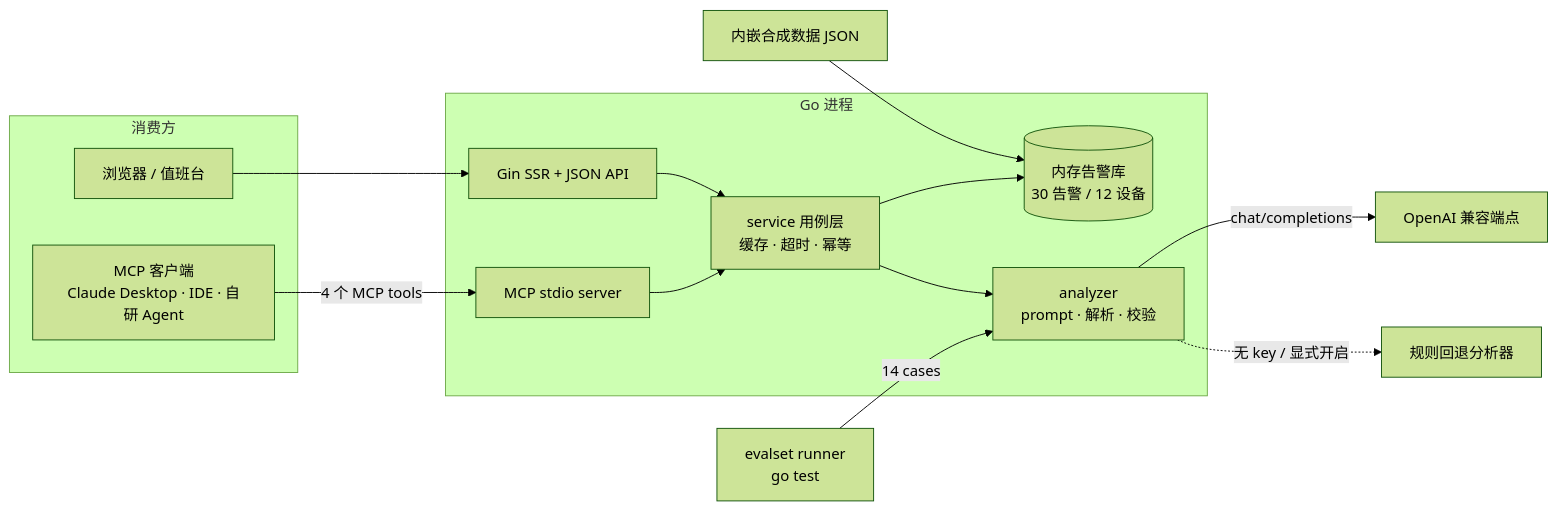
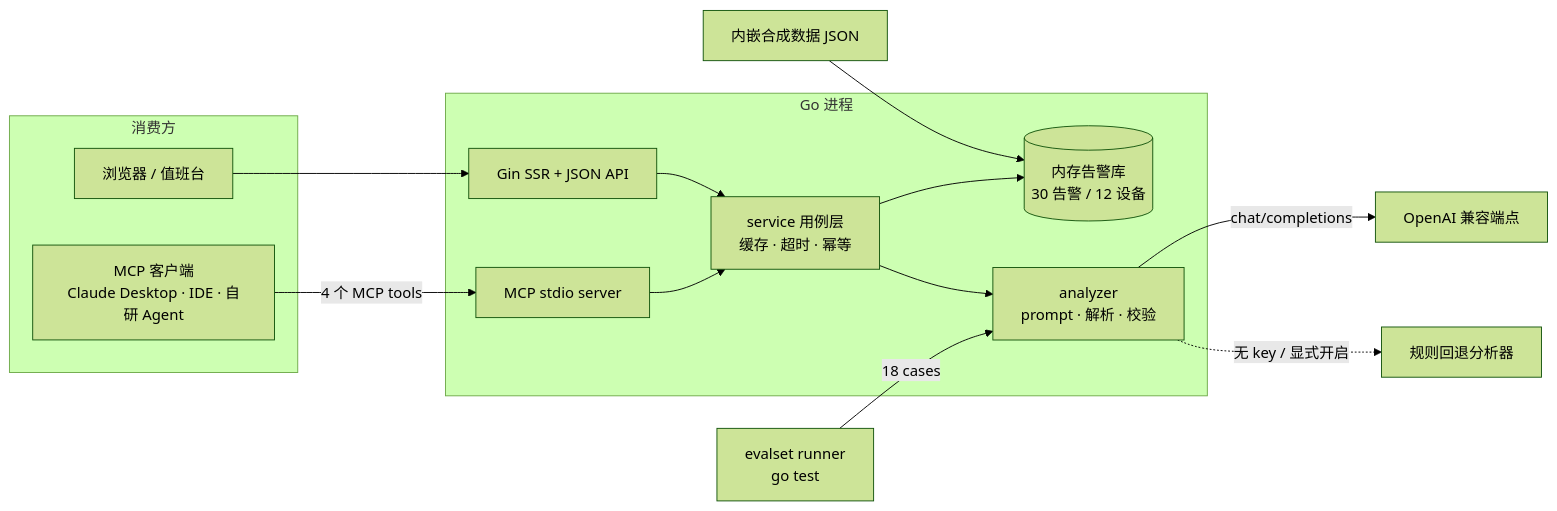
The diagram in README.md (devyunmu/iot-alert-agent), drawn with Mermaid (forest theme) before and after one commit. The commit also changed other lines of this file and 8 other files, not shown here.

````diff
--- a/README.md
+++ b/README.md
@@ -33,26 +33,26 @@
 ```mermaid
 flowchart LR
   subgraph Consumers[消费方]
     Browser[浏览器 / 值班台]
     Agent[MCP 客户端<br/>Claude Desktop · IDE · 自研 Agent]
   end
 
   subgraph Go[Go 进程]
     Web[Gin SSR + JSON API]
     MCP[MCP stdio server]
     SVC[service 用例层<br/>缓存 · 超时 · 幂等]
     STORE[(内存告警库<br/>30 告警 / 12 设备)]
     ANA[analyzer<br/>prompt · 解析 · 校验]
   end
 
   SYN[内嵌合成数据 JSON] --> STORE
   Browser --> Web
   Agent -->|4 个 MCP tools| MCP
   Web --> SVC
   MCP --> SVC
   SVC --> STORE
   SVC --> ANA
   ANA -->|chat/completions| LLM[OpenAI 兼容端点]
   ANA -.->|无 key / 显式开启| MOCK[规则回退分析器]
-  EVAL[evalset runner<br/>go test] -->|14 cases| ANA
+  EVAL[evalset runner<br/>go test] -->|18 cases| ANA
 ```
````
